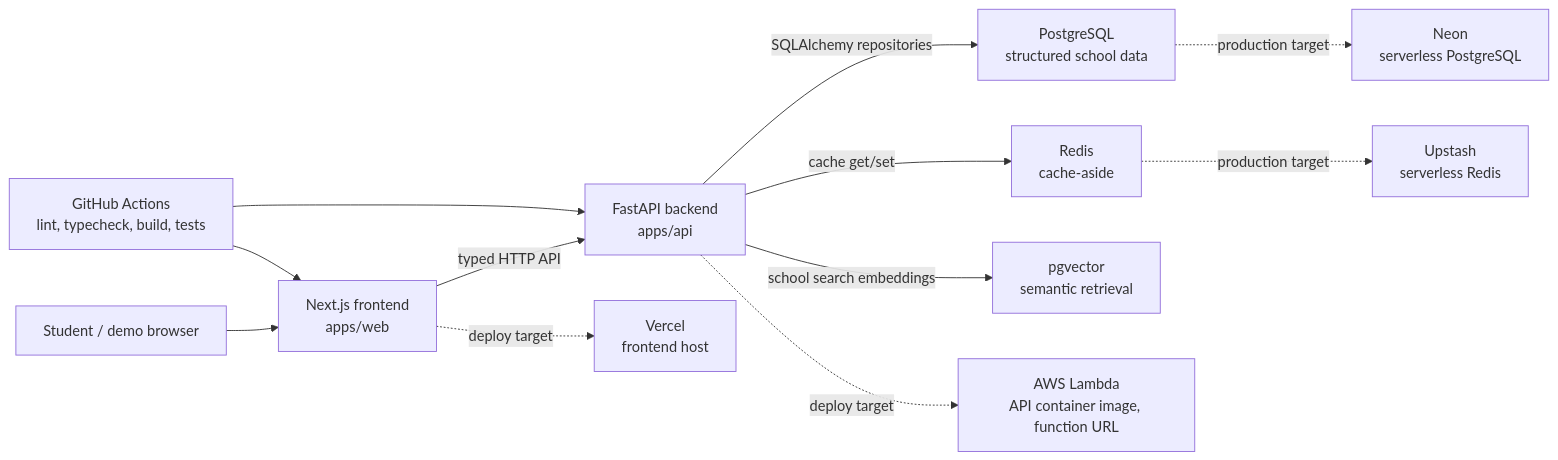
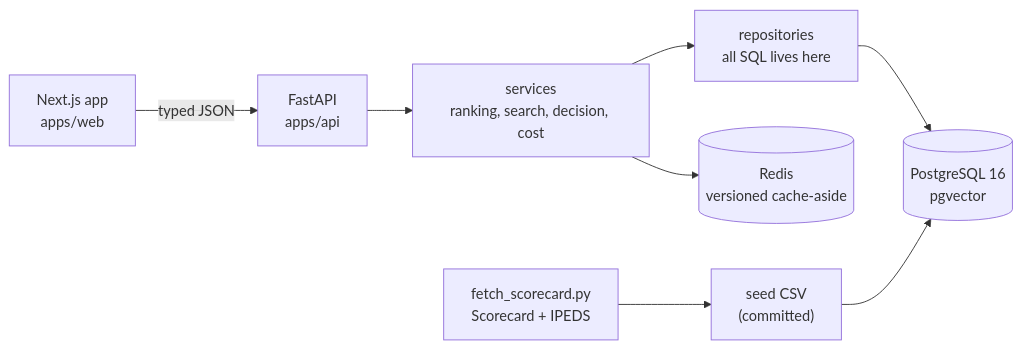
One commit to codysj/College-Explorer changed the diagram in README.md. Above: the diagram before and after it, drawn with Mermaid. The commit also changed other lines of this file and 7 other files, not shown here.

````diff
--- a/README.md
+++ b/README.md
@@ -101,27 +65,9 @@
 ```mermaid
 flowchart LR
-    user["Student / demo browser"]
-    web["Next.js frontend<br/>apps/web"]
-    api["FastAPI backend<br/>apps/api"]
-    pg["PostgreSQL<br/>structured school data"]
-    redis["Redis<br/>cache-aside"]
-    pgvector["pgvector<br/>semantic retrieval"]
-    gha["GitHub Actions<br/>lint, typecheck, build, tests"]
-    vercel["Vercel<br/>frontend host"]
-    aws["AWS Lambda<br/>API container image, function URL"]
-    rds["Neon<br/>serverless PostgreSQL"]
-    elasticache["Upstash<br/>serverless Redis"]
-
-    user --> web
-    web -->|"typed HTTP API"| api
-    api -->|"SQLAlchemy repositories"| pg
-    api -->|"cache get/set"| redis
-    api -->|"school search embeddings"| pgvector
-
-    gha --> web
-    gha --> api
-    web -. "deploy target" .-> vercel
-    api -. "deploy target" .-> aws
-    pg -. "production target" .-> rds
-    redis -. "production target" .-> elasticache
+    web["Next.js app<br/>apps/web"] -->|typed JSON| api["FastAPI<br/>apps/api"]
+    api --> svc["services<br/>ranking, search, decision, cost"]
+    svc --> repo["repositories<br/>all SQL lives here"]
+    repo --> pg[("PostgreSQL 16<br/>pgvector")]
+    svc --> cache[("Redis<br/>versioned cache-aside")]
+    etl["fetch_scorecard.py<br/>Scorecard + IPEDS"] --> seed["seed CSV<br/>(committed)"] --> pg
 ```
````
